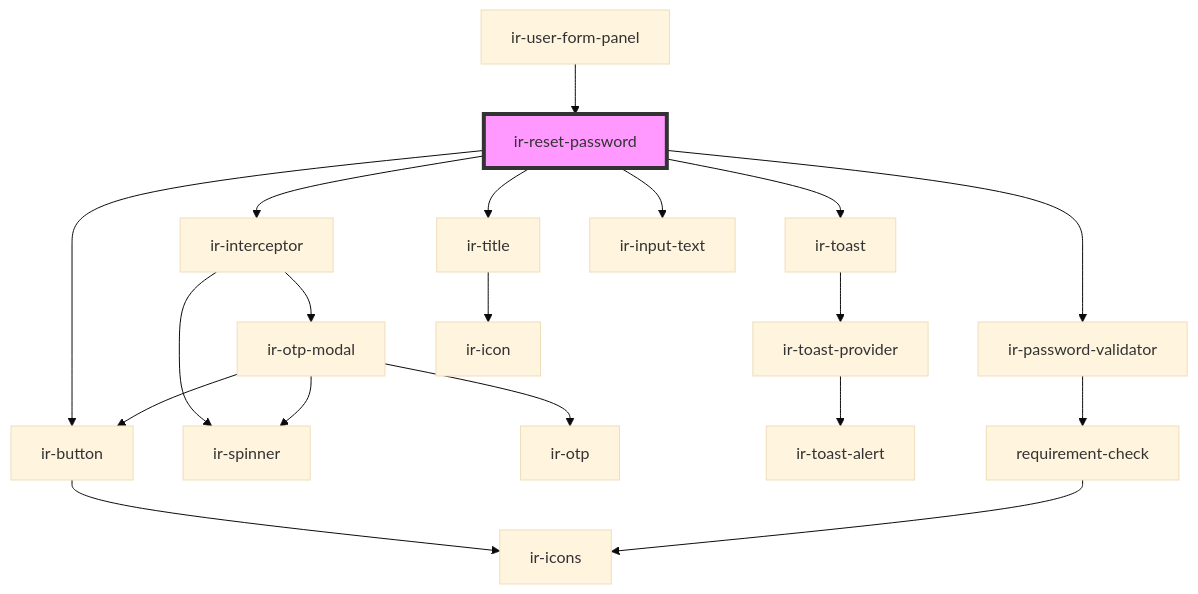
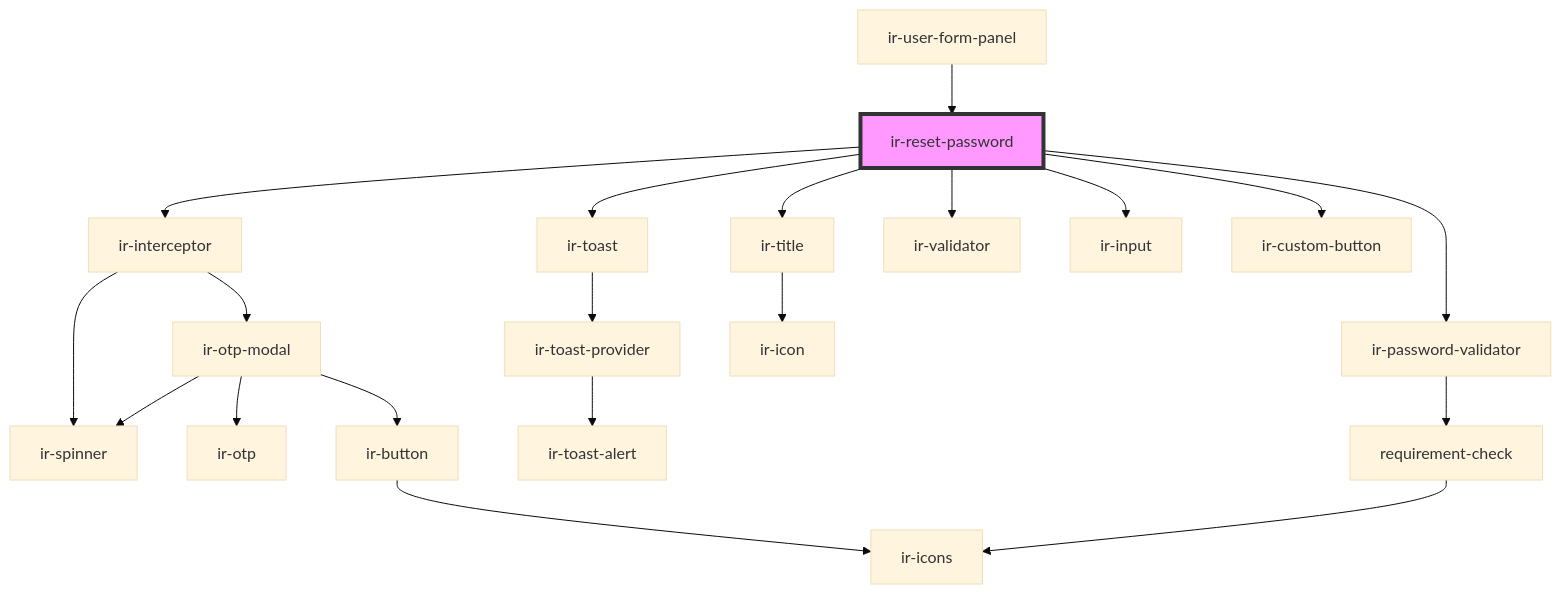
One commit to RonyRizk/ir-webcmp changed the diagram in src/components/ir-reset-password/readme.md. Above: the diagram before and after it, drawn with Mermaid (base theme). The commit also changed other lines of this file and 45 other files, not shown here.

````diff
--- a/src/components/ir-reset-password/readme.md
+++ b/src/components/ir-reset-password/readme.md
@@ -42,22 +43,23 @@
 ```mermaid
 graph TD;
   ir-reset-password --> ir-interceptor
   ir-reset-password --> ir-toast
   ir-reset-password --> ir-title
-  ir-reset-password --> ir-input-text
+  ir-reset-password --> ir-validator
+  ir-reset-password --> ir-input
   ir-reset-password --> ir-password-validator
-  ir-reset-password --> ir-button
+  ir-reset-password --> ir-custom-button
   ir-interceptor --> ir-spinner
   ir-interceptor --> ir-otp-modal
   ir-otp-modal --> ir-spinner
   ir-otp-modal --> ir-otp
   ir-otp-modal --> ir-button
   ir-button --> ir-icons
   ir-toast --> ir-toast-provider
   ir-toast-provider --> ir-toast-alert
   ir-title --> ir-icon
   ir-password-validator --> requirement-check
   requirement-check --> ir-icons
   ir-user-form-panel --> ir-reset-password
   style ir-reset-password fill:#f9f,stroke:#333,stroke-width:4px
 ```
````
